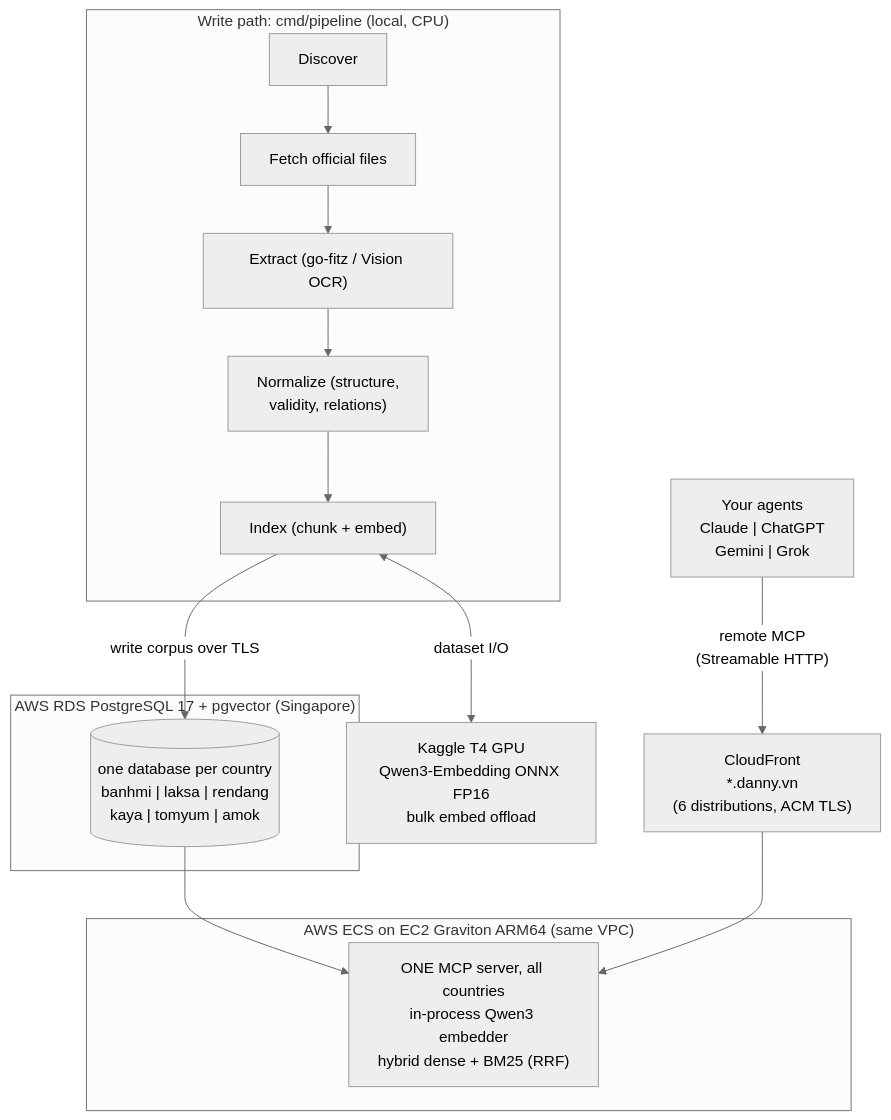
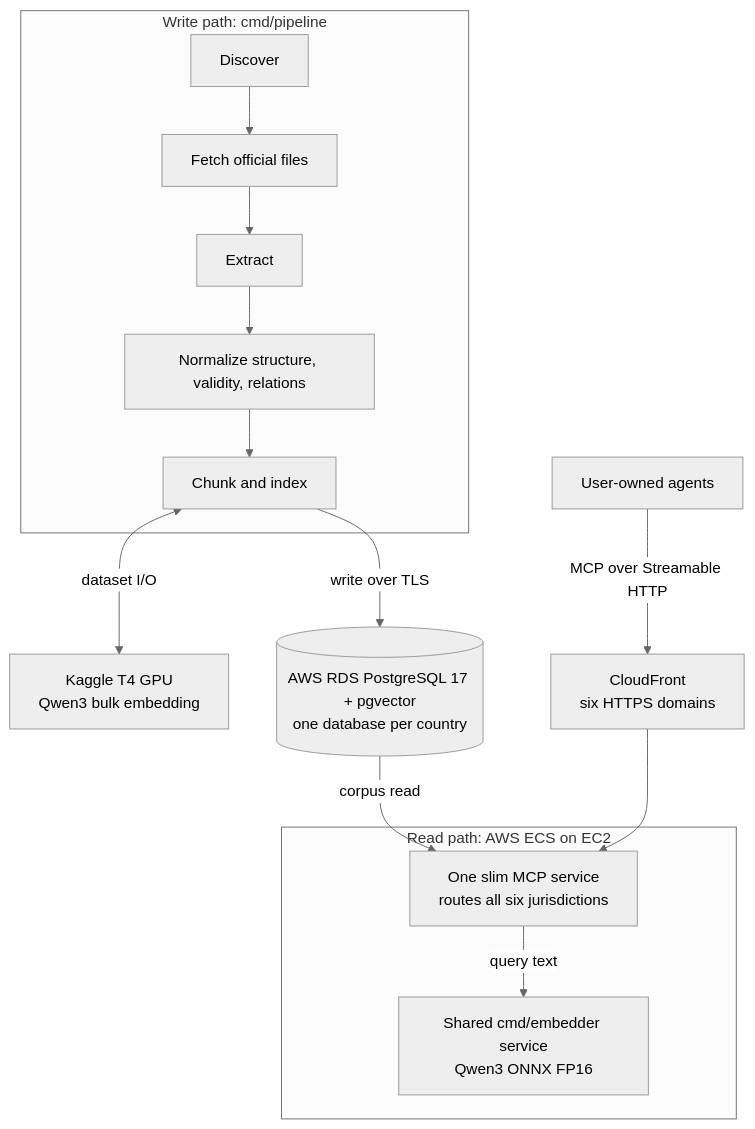
One commit to dannyota/banhmi changed the diagram in README.md. Above: the diagram before and after it, drawn with Mermaid (neutral theme). The commit also changed other lines of this file and 22 other files, not shown here.

````diff
--- a/README.md
+++ b/README.md
@@ -62,26 +73,25 @@
 ```mermaid
 flowchart TB
-  subgraph LOCAL["Write path: cmd/pipeline (local, CPU)"]
+  subgraph WRITE["Write path: cmd/pipeline"]
     DISC["Discover"] --> FETCH["Fetch official files"]
-    FETCH --> EXT["Extract (go-fitz / Vision OCR)"]
-    EXT --> NORM["Normalize (structure,<br/>validity, relations)"]
-    NORM --> IDX["Index (chunk + embed)"]
+    FETCH --> EXT["Extract"]
+    EXT --> NORM["Normalize structure, validity, relations"]
+    NORM --> IDX["Chunk and index"]
   end
 
-  KAGGLE["Kaggle T4 GPU<br/>Qwen3-Embedding ONNX FP16<br/>bulk embed offload"]
-  IDX <-->|"dataset I/O"| KAGGLE
+  GPU["Kaggle T4 GPU<br/>Qwen3 bulk embedding"]
+  IDX <-->|"dataset I/O"| GPU
 
-  subgraph RDS["AWS RDS PostgreSQL 17 + pgvector (Singapore)"]
-    DB[("one database per country<br/>banhmi | laksa | rendang<br/>kaya | tomyum | amok")]
+  DB[("AWS RDS PostgreSQL 17 + pgvector<br/>one database per country")]
+  IDX -->|"write over TLS"| DB
+
+  subgraph READ["Read path: AWS ECS on EC2"]
+    MCP["One slim MCP service<br/>routes all six jurisdictions"]
+    EMB["Shared cmd/embedder service<br/>Qwen3 ONNX FP16"]
+    MCP -->|"query text"| EMB
   end
 
-  IDX -->|"write corpus over TLS"| DB
-
-  subgraph ECS["AWS ECS on EC2 Graviton ARM64 (same VPC)"]
-    MCP["ONE MCP server, all countries<br/>in-process Qwen3 embedder<br/>hybrid dense + BM25 (RRF)"]
-  end
-
-  DB --> MCP
-  CF["CloudFront<br/>*.danny.vn<br/>(6 distributions, ACM TLS)"] --> MCP
-  USERS["Your agents<br/>Claude | ChatGPT<br/>Gemini | Grok"] -->|"remote MCP<br/>(Streamable HTTP)"| CF
+  DB -->|"corpus read"| MCP
+  CF["CloudFront<br/>six HTTPS domains"] --> MCP
+  USERS["User-owned agents"] -->|"MCP over Streamable HTTP"| CF
 ```
````
